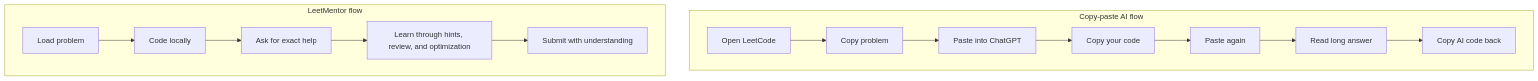
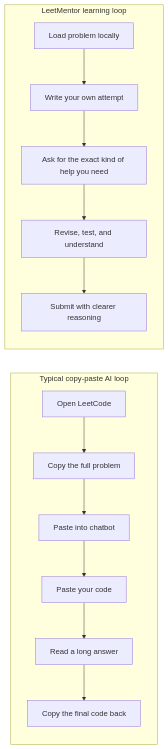
One commit to Harshpreet1729/LeetMentor changed the first of 9 diagrams in README.md. Above: the diagram before and after it, drawn with Mermaid. The commit also changed other lines of this file, not shown here.

Commit message:
Rewrite README diagrams and theory

````diff
--- a/README.md
+++ b/README.md
@@ -33,18 +61,21 @@
 ```mermaid
-flowchart TB
-    subgraph Old_Flow["Copy-paste AI flow"]
-        A1[Open LeetCode] --> A2[Copy problem]
-        A2 --> A3[Paste into ChatGPT]
-        A3 --> A4[Copy your code]
-        A4 --> A5[Paste again]
-        A5 --> A6[Read long answer]
-        A6 --> A7[Copy AI code back]
+flowchart LR
+    subgraph A["Typical copy-paste AI loop"]
+        A1["Open LeetCode"]
+        A2["Copy the full problem"]
+        A3["Paste into chatbot"]
+        A4["Paste your code"]
+        A5["Read a long answer"]
+        A6["Copy the final code back"]
+        A1 --> A2 --> A3 --> A4 --> A5 --> A6
     end
 
-    subgraph New_Flow["LeetMentor flow"]
-        B1[Load problem] --> B2[Code locally]
-        B2 --> B3[Ask for exact help]
-        B3 --> B4[Learn through hints, review, and optimization]
-        B4 --> B5[Submit with understanding]
+    subgraph B["LeetMentor learning loop"]
+        B1["Load problem locally"]
+        B2["Write your own attempt"]
+        B3["Ask for the exact kind of help you need"]
+        B4["Revise, test, and understand"]
+        B5["Submit with clearer reasoning"]
+        B1 --> B2 --> B3 --> B4 --> B5
     end
 ```
````
